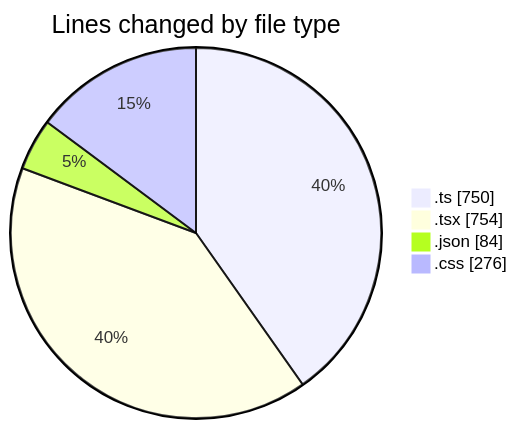
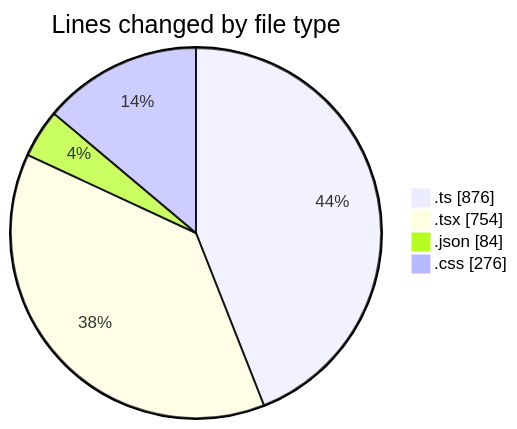
The first of 2 diagrams in 2025-11-24/eventscop-frontend-guide__workspace_/README.md (julien-gomy/code-tracking), drawn with Mermaid before and after one commit. The commit also changed other lines of this file and 1 other file, not shown here.

````diff
--- a/2025-11-24/eventscop-frontend-guide__workspace_/README.md
+++ b/2025-11-24/eventscop-frontend-guide__workspace_/README.md
@@ -45,8 +45,8 @@
 ```mermaid
 pie showData
 title Lines changed by file type
-".ts" : 750
+".ts" : 876
 ".tsx" : 754
 ".json" : 84
 ".css" : 276
 ```
````
